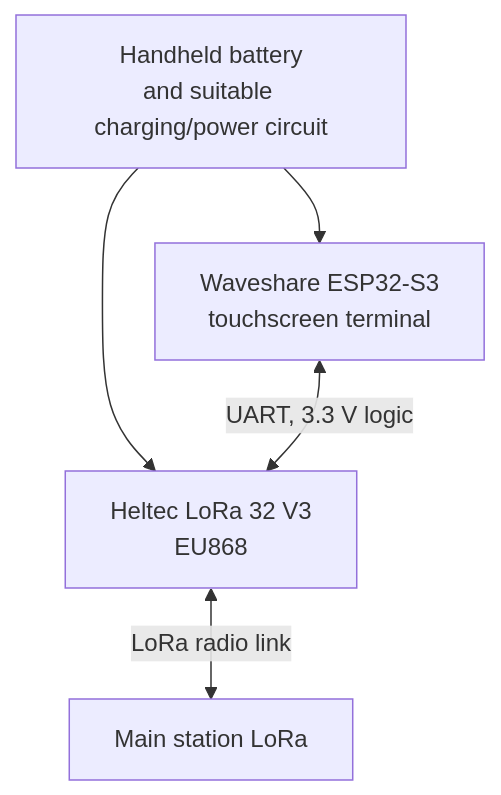
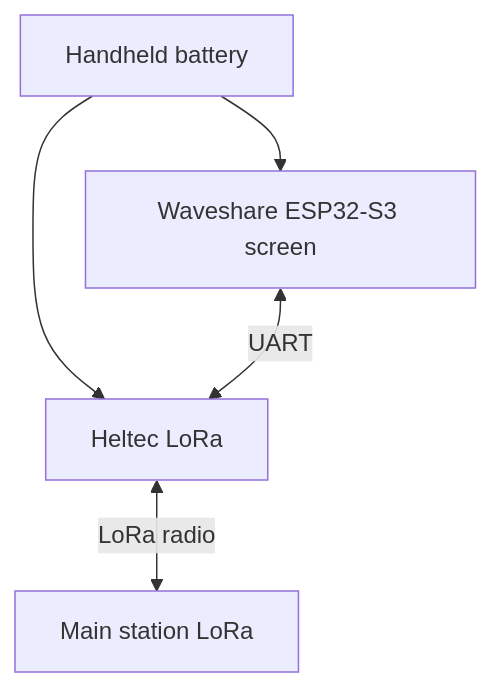
One commit to azoiu/OFFGRID-Field-Station changed the second of 2 diagrams in docs/system-block-diagram.md. Above: the diagram before and after it, drawn with Mermaid. The commit also changed other lines of this file, not shown here.

````diff
--- a/docs/system-block-diagram.md
+++ b/docs/system-block-diagram.md
@@ -29,10 +30,12 @@
 ```mermaid
 flowchart TB
-    HMI["Waveshare ESP32-S3<br/>touchscreen terminal"]
-    HLORA["Heltec LoRa 32 V3<br/>EU868"]
-    HBAT["Handheld battery<br/>and suitable charging/power circuit"]
-    HBAT --> HMI
-    HBAT --> HLORA
-    HMI <-->|"UART, 3.3 V logic"| HLORA
-    HLORA <-->|"LoRa radio link"| MAIN["Main station LoRa"]
+    BAT["Handheld battery"]
+    WAVE["Waveshare ESP32-S3 screen"]
+    LORA["Heltec LoRa"]
+    MAIN["Main station LoRa"]
+
+    BAT --> WAVE
+    BAT --> LORA
+    WAVE <-->|"UART"| LORA
+    LORA <-->|"LoRa radio"| MAIN
 ```
````
